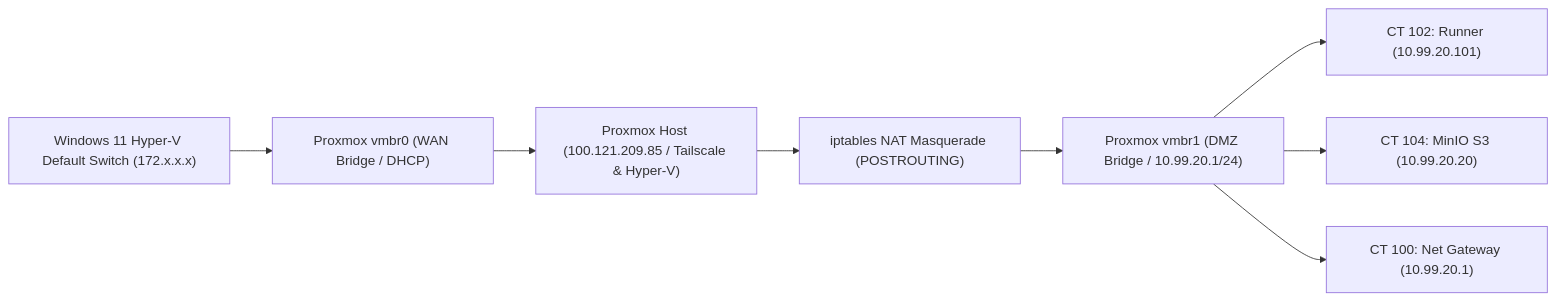
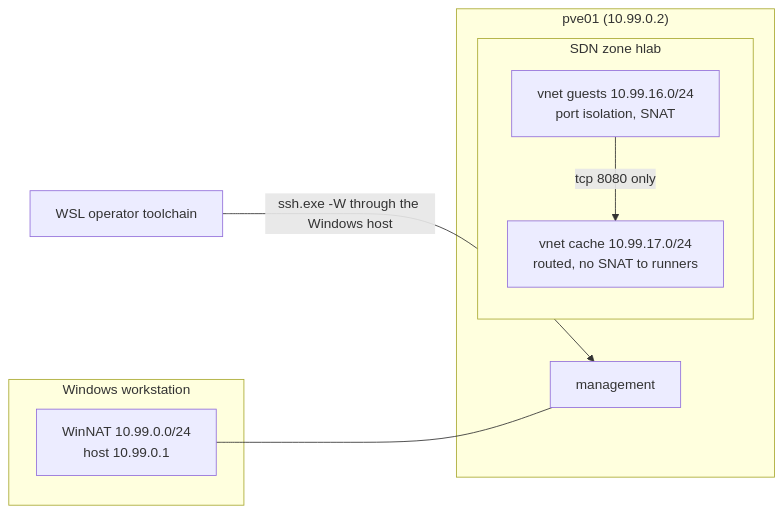
The diagram in wiki/01-Architecture-and-Design.md (ugritchaichana/booth-homelab), drawn with Mermaid before and after one commit. The commit also changed other lines of this file and 13 other files, not shown here.

````diff
--- a/wiki/01-Architecture-and-Design.md
+++ b/wiki/01-Architecture-and-Design.md
@@ -23,20 +16,16 @@
 ```mermaid
 graph LR
-    WAN["Windows 11 Hyper-V Default Switch (172.x.x.x)"]
-    vmbr0["Proxmox vmbr0 (WAN Bridge / DHCP)"]
-    PVE["Proxmox Host (100.121.209.85 / Tailscale & Hyper-V)"]
-    NAT["iptables NAT Masquerade (POSTROUTING)"]
-    vmbr1["Proxmox vmbr1 (DMZ Bridge / 10.99.20.1/24)"]
-    
-    CT102["CT 102: Runner (10.99.20.101)"]
-    CT104["CT 104: MinIO S3 (10.99.20.20)"]
-    CT100["CT 100: Net Gateway (10.99.20.1)"]
-
-    WAN --> vmbr0
-    vmbr0 --> PVE
-    PVE --> NAT
-    NAT --> vmbr1
-    vmbr1 --> CT102
-    vmbr1 --> CT104
-    vmbr1 --> CT100
+    WSL["WSL operator toolchain"] -->|"ssh.exe -W through the Windows host"| MGMT
+    subgraph Host ["Windows workstation"]
+        NAT["WinNAT 10.99.0.0/24<br>host 10.99.0.1"]
+    end
+    subgraph PVE ["pve01 (10.99.0.2)"]
+        MGMT["management"]
+        subgraph Zone ["SDN zone hlab"]
+            GUESTS["vnet guests 10.99.16.0/24<br>port isolation, SNAT"]
+            CACHEV["vnet cache 10.99.17.0/24<br>routed, no SNAT to runners"]
+        end
+    end
+    NAT --- MGMT
+    GUESTS -->|"tcp 8080 only"| CACHEV
 ```
````
